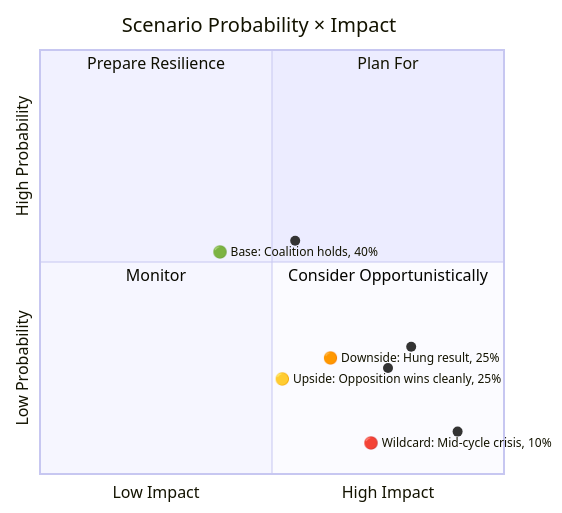
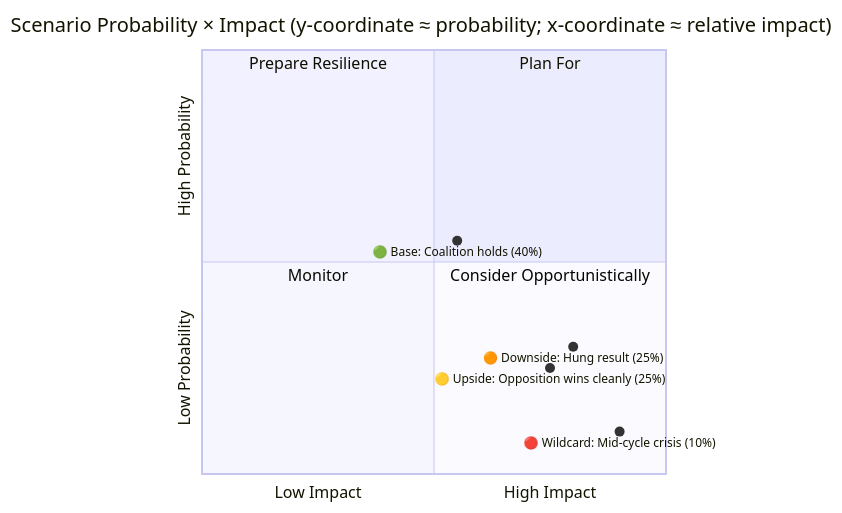
One commit to Hack23/riksdagsmonitor changed the first of 2 diagrams in analysis/templates/scenario-analysis.md. Above: the diagram before and after it, drawn with Mermaid. The commit also changed 4 other files, not shown here.

````diff
--- a/analysis/templates/scenario-analysis.md
+++ b/analysis/templates/scenario-analysis.md
@@ -44,14 +44,14 @@
 ```mermaid
 quadrantChart
-    title Scenario Probability × Impact
+    title Scenario Probability × Impact (y-coordinate ≈ probability; x-coordinate ≈ relative impact)
     x-axis Low Impact --> High Impact
     y-axis Low Probability --> High Probability
     quadrant-1 Plan For
     quadrant-2 Prepare Resilience
     quadrant-3 Monitor
     quadrant-4 Consider Opportunistically
-    "🟢 Base: Coalition holds, 40%": [0.55, 0.55]
-    "🟡 Upside: Opposition wins cleanly, 25%": [0.75, 0.25]
-    "🟠 Downside: Hung result, 25%": [0.80, 0.30]
-    "🔴 Wildcard: Mid-cycle crisis, 10%": [0.90, 0.10]
+    "🟢 Base: Coalition holds (40%)": [0.55, 0.55]
+    "🟡 Upside: Opposition wins cleanly (25%)": [0.75, 0.25]
+    "🟠 Downside: Hung result (25%)": [0.80, 0.30]
+    "🔴 Wildcard: Mid-cycle crisis (10%)": [0.90, 0.10]
 ```
````
